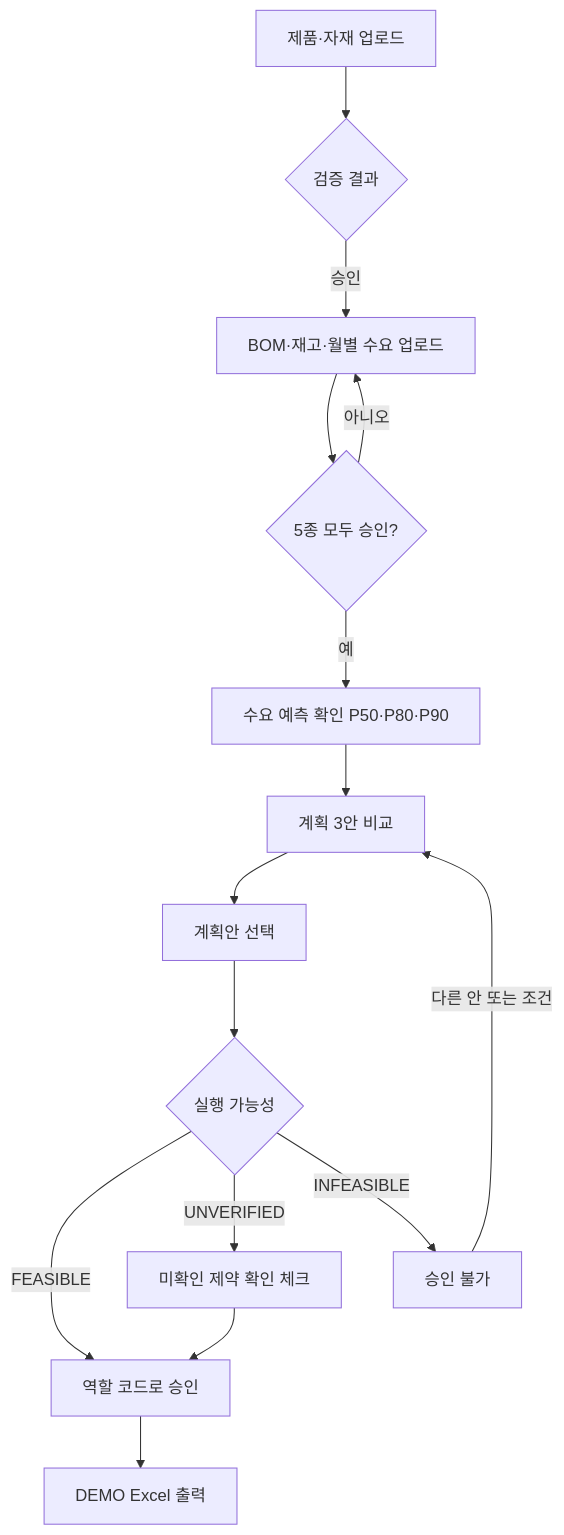
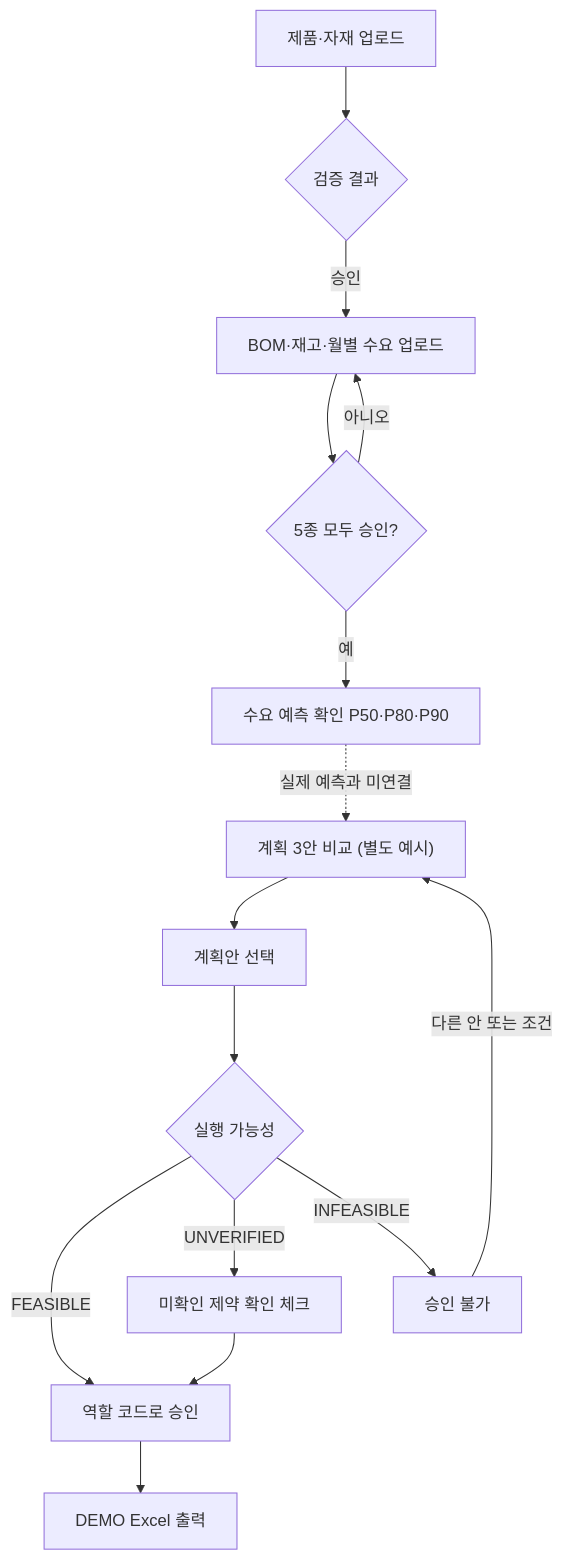
The third of 13 diagrams in README.md (ChungPaMo/decision-supporter-frontend), drawn with Mermaid before and after one commit. The commit also changed other lines of this file and 16 other files, not shown here.

````diff
--- a/README.md
+++ b/README.md
@@ -139,17 +145,17 @@
 ```mermaid
 flowchart TD
   A["제품·자재 업로드"] --> B{"검증 결과"}
   B -->|"승인"| C["BOM·재고·월별 수요 업로드"]
   C --> D{"5종 모두 승인?"}
   D -->|"아니오"| C
   D -->|"예"| E["수요 예측 확인 P50·P80·P90"]
-  E --> F["계획 3안 비교"]
+  E -.->|"실제 예측과 미연결"| F["계획 3안 비교 (별도 예시)"]
   F --> G["계획안 선택"]
   G --> H{"실행 가능성"}
   H -->|"FEASIBLE"| J["역할 코드로 승인"]
   H -->|"UNVERIFIED"| I["미확인 제약 확인 체크"]
   I --> J
   H -->|"INFEASIBLE"| K["승인 불가"]
   K -->|"다른 안 또는 조건"| F
   J --> L["DEMO Excel 출력"]
 ```
````
